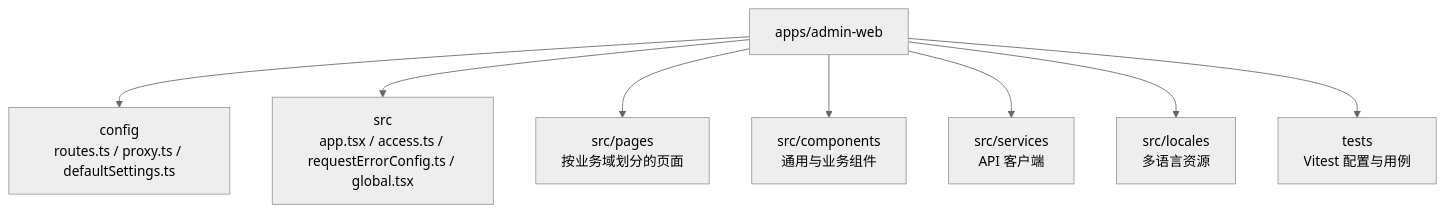
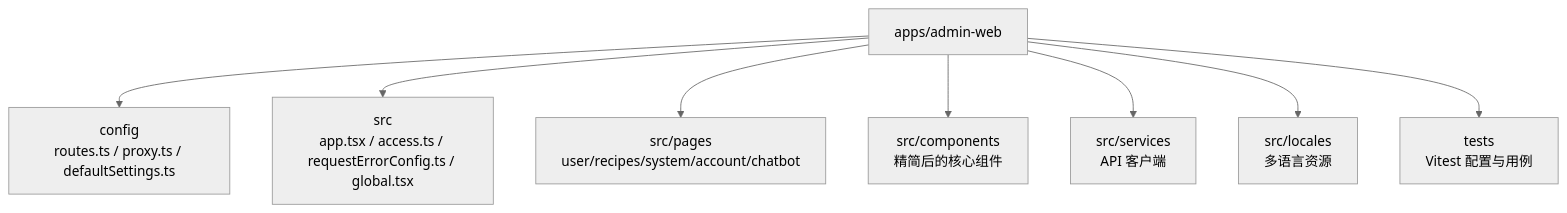
Before and after one commit to good-zheng/po: the first of 9 diagrams in .qoder/repowiki/zh/content/前端应用/管理端 Web 应用.md, drawn with Mermaid (neutral theme). The commit also changed other lines of this file and 40 other files, not shown here.

````diff
--- a/.qoder/repowiki/zh/content/前端应用/管理端 Web 应用.md
+++ b/.qoder/repowiki/zh/content/前端应用/管理端 Web 应用.md
@@ -46,10 +56,10 @@
 ```mermaid
 graph TB
 A["apps/admin-web"] --> B["config<br/>routes.ts / proxy.ts / defaultSettings.ts"]
 A --> C["src<br/>app.tsx / access.ts / requestErrorConfig.ts / global.tsx"]
-A --> D["src/pages<br/>按业务域划分的页面"]
-A --> E["src/components<br/>通用与业务组件"]
+A --> D["src/pages<br/>user/recipes/system/account/chatbot"]
+A --> E["src/components<br/>精简后的核心组件"]
 A --> F["src/services<br/>API 客户端"]
 A --> G["src/locales<br/>多语言资源"]
 A --> H["tests<br/>Vitest 配置与用例"]
 ```
````
